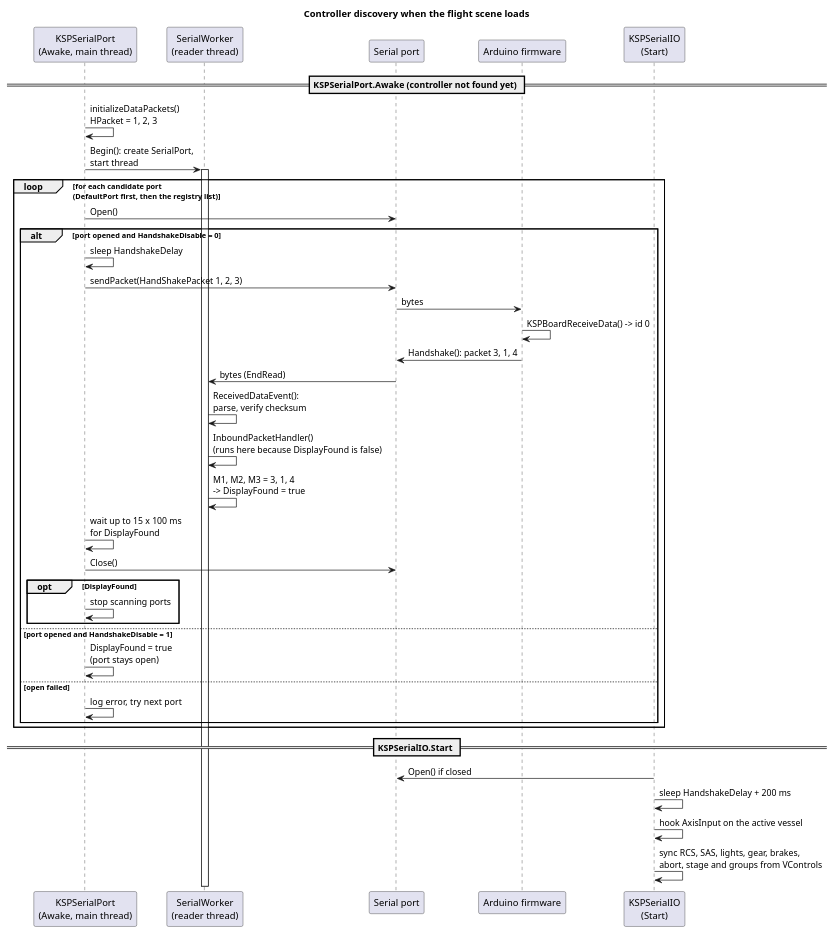
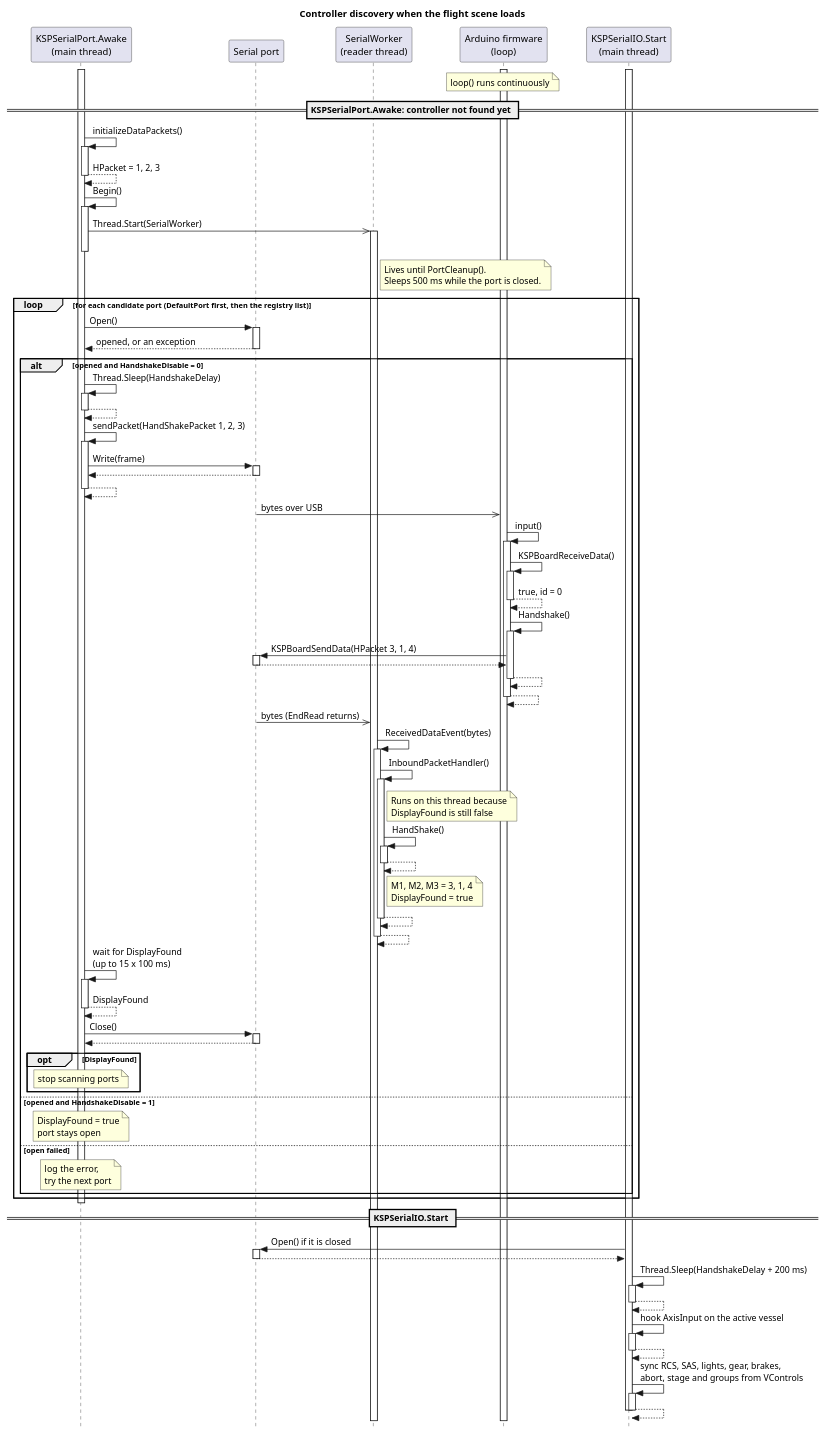
The diagram in docs/diagrams/seq_discovery.puml (AlaNLrdE/KSPKontroller), drawn with PlantUML before and after one commit. The commit also changed 1 other file, not shown here.

Commit message:
Fix lifelines and activations in the sequence diagrams
Every call now has an explicit activation box and a return, self-calls nest correctly, and the reader thread and firmware loop keep a base activation for their whole lifetime. Use strict UML style so synchronous calls, asynchronous messages and returns are drawn with their standard arrows.

```diff
--- a/docs/diagrams/seq_discovery.puml
+++ b/docs/diagrams/seq_discovery.puml
@@ -1,43 +1,92 @@
 @startuml seq_discovery
 title Controller discovery when the flight scene loads
 
-participant "KSPSerialPort\n(Awake, main thread)" as Awake
+skinparam style strictuml
+skinparam sequenceMessageAlign left
+skinparam responseMessageBelowArrow true
+
+participant "KSPSerialPort.Awake\n(main thread)" as Awake
+participant "Serial port" as Port
 participant "SerialWorker\n(reader thread)" as Worker
-participant "Serial port" as Port
-participant "Arduino firmware" as FW
-participant "KSPSerialIO\n(Start)" as Start
+participant "Arduino firmware\n(loop)" as FW
+participant "KSPSerialIO.Start\n(main thread)" as Start
 
-== KSPSerialPort.Awake (controller not found yet) ==
-Awake -> Awake : initializeDataPackets()\nHPacket = 1, 2, 3
-Awake -> Worker : Begin(): create SerialPort,\nstart thread
+note over FW : loop() runs continuously
+activate FW
+
+== KSPSerialPort.Awake: controller not found yet ==
+activate Awake
+Awake -> Awake ++ : initializeDataPackets()
+return HPacket = 1, 2, 3
+
+Awake -> Awake ++ : Begin()
+Awake ->> Worker : Thread.Start(SerialWorker)
 activate Worker
-loop for each candidate port\n(DefaultPort first, then the registry list)
-  Awake -> Port : Open()
-  alt port opened and HandshakeDisable = 0
-    Awake -> Awake : sleep HandshakeDelay
-    Awake -> Port : sendPacket(HandShakePacket 1, 2, 3)
-    Port -> FW : bytes
-    FW -> FW : KSPBoardReceiveData() -> id 0
-    FW -> Port : Handshake(): packet 3, 1, 4
-    Port -> Worker : bytes (EndRead)
-    Worker -> Worker : ReceivedDataEvent():\nparse, verify checksum
-    Worker -> Worker : InboundPacketHandler()\n(runs here because DisplayFound is false)
-    Worker -> Worker : M1, M2, M3 = 3, 1, 4\n-> DisplayFound = true
-    Awake -> Awake : wait up to 15 x 100 ms\nfor DisplayFound
-    Awake -> Port : Close()
+note right of Worker
+  Lives until PortCleanup().
+  Sleeps 500 ms while the port is closed.
+end note
+deactivate Awake
+
+loop for each candidate port (DefaultPort first, then the registry list)
+  Awake -> Port ++ : Open()
+  return opened, or an exception
+
+  alt opened and HandshakeDisable = 0
+    Awake -> Awake ++ : Thread.Sleep(HandshakeDelay)
+    return
+
+    Awake -> Awake ++ : sendPacket(HandShakePacket 1, 2, 3)
+    Awake -> Port ++ : Write(frame)
+    return
+    return
+
+    Port ->> FW : bytes over USB
+    FW -> FW ++ : input()
+    FW -> FW ++ : KSPBoardReceiveData()
+    return true, id = 0
+    FW -> FW ++ : Handshake()
+    FW -> Port ++ : KSPBoardSendData(HPacket 3, 1, 4)
+    return
+    return
+    return
+
+    Port ->> Worker : bytes (EndRead returns)
+    Worker -> Worker ++ : ReceivedDataEvent(bytes)
+    Worker -> Worker ++ : InboundPacketHandler()
+    note right of Worker : Runs on this thread because\nDisplayFound is still false
+    Worker -> Worker ++ : HandShake()
+    return
+    note right of Worker : M1, M2, M3 = 3, 1, 4\nDisplayFound = true
+    return
+    return
+
+    Awake -> Awake ++ : wait for DisplayFound\n(up to 15 x 100 ms)
+    return DisplayFound
+
+    Awake -> Port ++ : Close()
+    return
+
     opt DisplayFound
-      Awake -> Awake : stop scanning ports
+      note over Awake : stop scanning ports
     end
-  else port opened and HandshakeDisable = 1
-    Awake -> Awake : DisplayFound = true\n(port stays open)
+  else opened and HandshakeDisable = 1
+    note over Awake : DisplayFound = true\nport stays open
   else open failed
-    Awake -> Awake : log error, try next port
+    note over Awake : log the error,\ntry the next port
   end
 end
+deactivate Awake
 
 == KSPSerialIO.Start ==
-Start -> Port : Open() if closed
-Start -> Start : sleep HandshakeDelay + 200 ms
-Start -> Start : hook AxisInput on the active vessel
-Start -> Start : sync RCS, SAS, lights, gear, brakes,\nabort, stage and groups from VControls
+activate Start
+Start -> Port ++ : Open() if it is closed
+return
+Start -> Start ++ : Thread.Sleep(HandshakeDelay + 200 ms)
+return
+Start -> Start ++ : hook AxisInput on the active vessel
+return
+Start -> Start ++ : sync RCS, SAS, lights, gear, brakes,\nabort, stage and groups from VControls
+return
+deactivate Start
 @enduml
```
